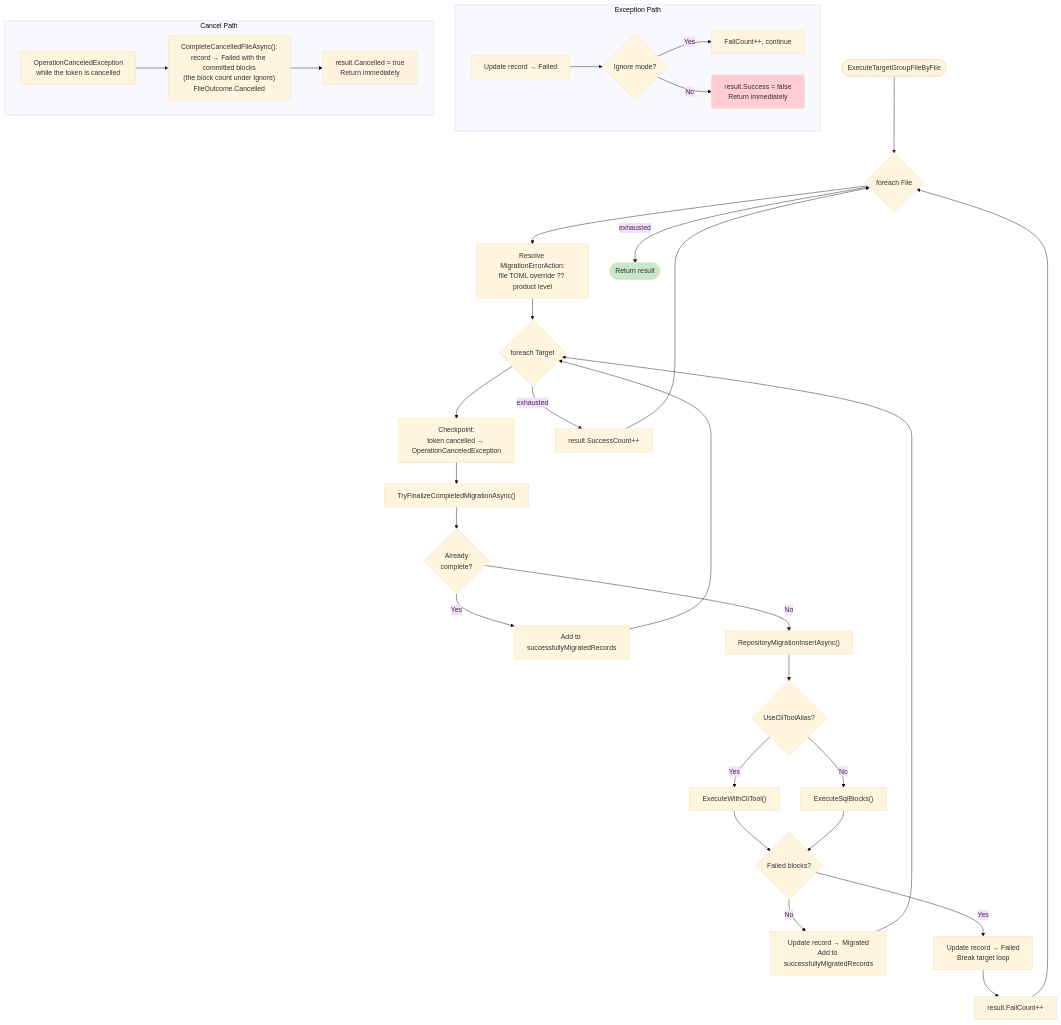
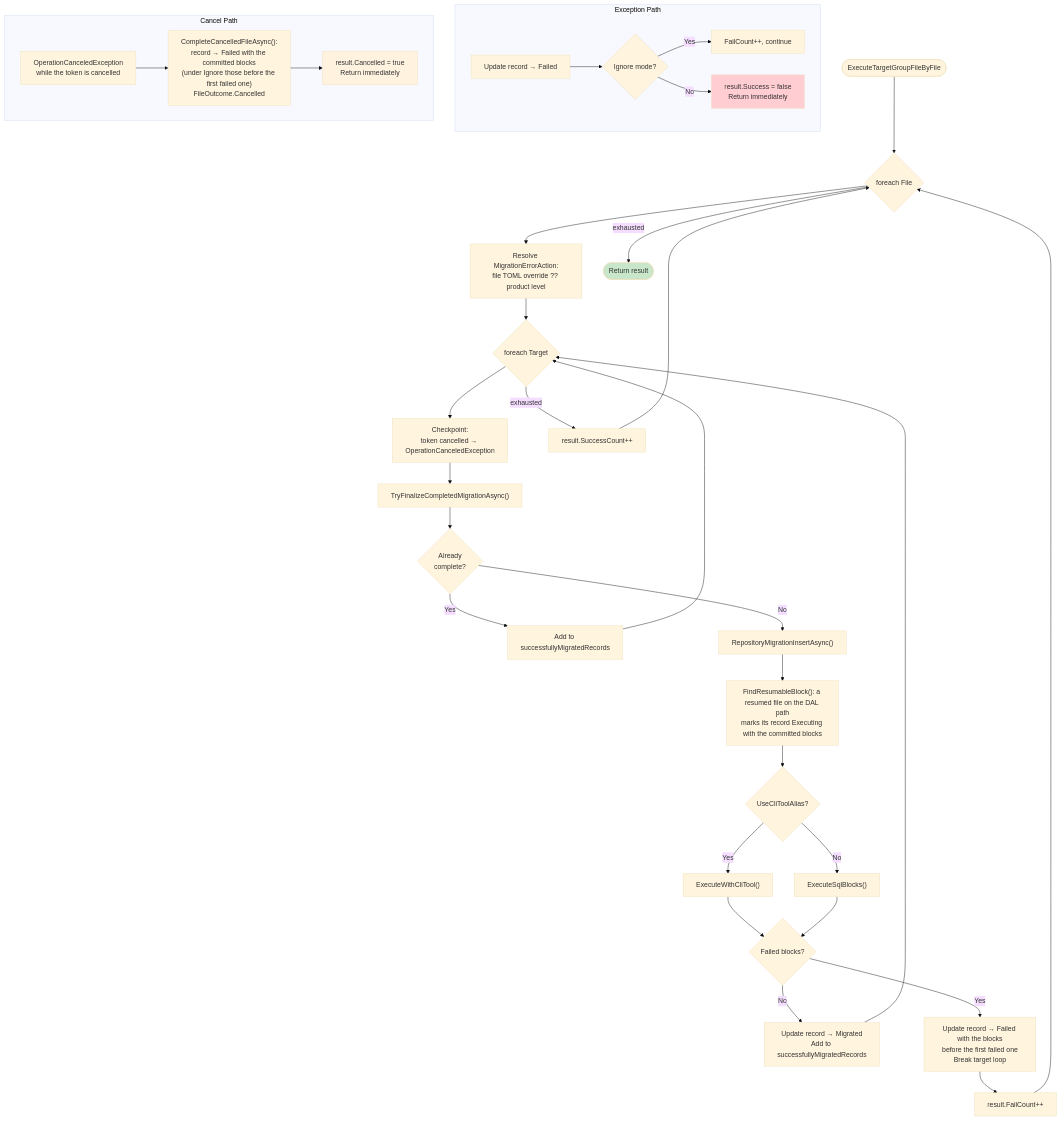
The second of 6 diagrams in Docs/04-service-layer/activity-diagrams.md (RAYCOON/RayMigrator), drawn with Mermaid (base theme) before and after one commit. The commit also changed other lines of this file and 47 other files, not shown here.

````diff
--- a/Docs/04-service-layer/activity-diagrams.md
+++ b/Docs/04-service-layer/activity-diagrams.md
@@ -88,48 +88,49 @@
 ```mermaid
 flowchart TD
     Start([ExecuteTargetGroupFileByFile]) --> FileLoop{"foreach File"}
 
     FileLoop --> ResolveErr["Resolve MigrationErrorAction:<br/>file TOML override ?? product level"]
     ResolveErr --> TargetLoop{"foreach Target"}
 
     TargetLoop --> Checkpoint["Checkpoint:<br/>token cancelled → OperationCanceledException"]
     Checkpoint --> TryFinalize["TryFinalizeCompletedMigrationAsync()"]
     TryFinalize --> WasFinalized{Already<br/>complete?}
     WasFinalized -->|Yes| AddRecovered["Add to successfullyMigratedRecords"]
     AddRecovered --> TargetLoop
     WasFinalized -->|No| InsertMig["RepositoryMigrationInsertAsync()"]
 
-    InsertMig --> CliCheck{UseCliToolAlias?}
+    InsertMig --> MarkResumed["FindResumableBlock(): a resumed file on the DAL path<br/>marks its record Executing with the committed blocks"]
+    MarkResumed --> CliCheck{UseCliToolAlias?}
     CliCheck -->|Yes| ExecCli["ExecuteWithCliTool()"]
     CliCheck -->|No| ExecSql["ExecuteSqlBlocks()"]
     ExecCli --> BlockResult
     ExecSql --> BlockResult
 
     BlockResult{Failed blocks?}
     BlockResult -->|No| MarkOk["Update record → Migrated<br/>Add to successfullyMigratedRecords"]
     MarkOk --> TargetLoop
 
-    BlockResult -->|Yes| MarkFailed["Update record → Failed<br/>Break target loop"]
+    BlockResult -->|Yes| MarkFailed["Update record → Failed with the blocks<br/>before the first failed one<br/>Break target loop"]
     MarkFailed --> FailCount["result.FailCount++"]
     FailCount --> FileLoop
 
     TargetLoop -->|exhausted| FileOk["result.SuccessCount++"]
     FileOk --> FileLoop
 
     FileLoop -->|exhausted| ReturnOk(["Return result"])
 
     subgraph Exception Path
         CatchEx["Update record → Failed"] --> IsIgnore{Ignore mode?}
         IsIgnore -->|Yes| IgnoreEx["FailCount++, continue"]
         IsIgnore -->|No| AbortTG["result.Success = false<br/>Return immediately"]
     end
 
     subgraph Cancel Path
-        CatchCancel["OperationCanceledException<br/>while the token is cancelled"] --> CompleteFile["CompleteCancelledFileAsync():<br/>record → Failed with the committed blocks<br/>(the block count under Ignore)<br/>FileOutcome.Cancelled"]
+        CatchCancel["OperationCanceledException<br/>while the token is cancelled"] --> CompleteFile["CompleteCancelledFileAsync():<br/>record → Failed with the committed blocks<br/>(under Ignore those before the first failed one)<br/>FileOutcome.Cancelled"]
         CompleteFile --> ReturnCancelled["result.Cancelled = true<br/>Return immediately"]
     end
 
     style ReturnOk fill:#c8e6c9
     style AbortTG fill:#ffcdd2
     style ReturnCancelled fill:#fff3e0
 ```
````
